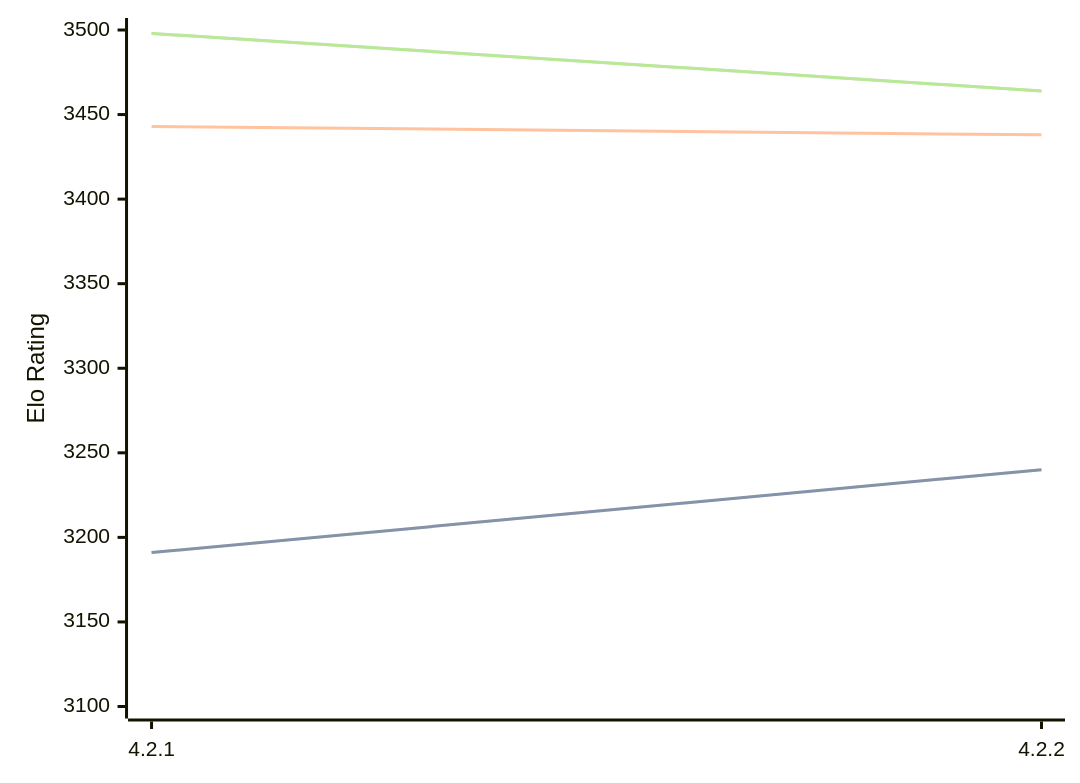
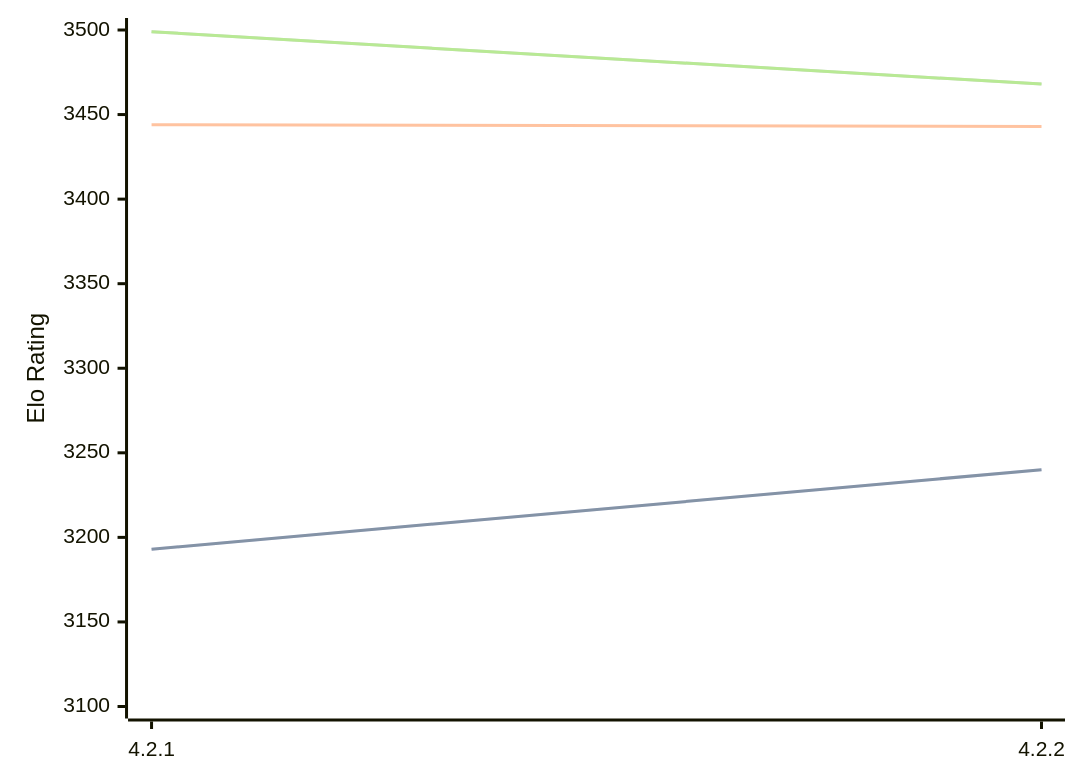
One commit to computer-chess-index/cci changed the diagram in engines/Gaia.md. Above: the diagram before and after it, drawn with Mermaid. The commit also changed other lines of this file, not shown here.

Commit message:
Update CCI Ratings (ELO VLTC) - 2026-08-22

````diff
--- a/engines/Gaia.md
+++ b/engines/Gaia.md
@@ -36,11 +36,11 @@
 ```mermaid
 %%{init: {"theme":"base","themeVariables":{"seriesColors:['#a3a3a3','#222221','#faa371']}}}%%
 xychart-beta
   x-axis ["4.2.1", "4.2.2"]
   y-axis "Elo Rating" 3100 --> 3500
-  line "STC (8.0+0.08s)" [3191, 3240]
-  line "STC (8.0+0.08s)" [3191, 3240]
-  line "LTC (60.0+0.60s)" [3443, 3438]
-  line "VLTC (2m24s+1.12s)" [3498, 3464]
-  line "VLTC (2m24s+1.12s)" [3498, 3464]
+  line "STC (8.0+0.08s)" [3193, 3240]
+  line "STC (8.0+0.08s)" [3193, 3240]
+  line "LTC (60.0+0.60s)" [3444, 3443]
+  line "VLTC (2m24s+1.12s)" [3499, 3468]
+  line "VLTC (2m24s+1.12s)" [3499, 3468]
 ```
````
